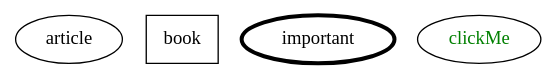
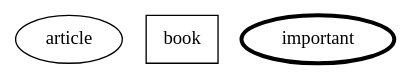
The first of 3 diagrams in Related Literature.md (ThenWho/pol-is-analysis), drawn with Graphviz before and after one commit. The commit also changed other lines of this file, not shown here.

````diff
--- a/Related Literature.md
+++ b/Related Literature.md
@@ -6,8 +9,7 @@
 ```graphviz 
 digraph cg {
     article;
     book [shape = rectangle];
     important [penwidth = 3];
-    clickMe [fontcolor = green, href="not_me"];
 }
 ```
````
